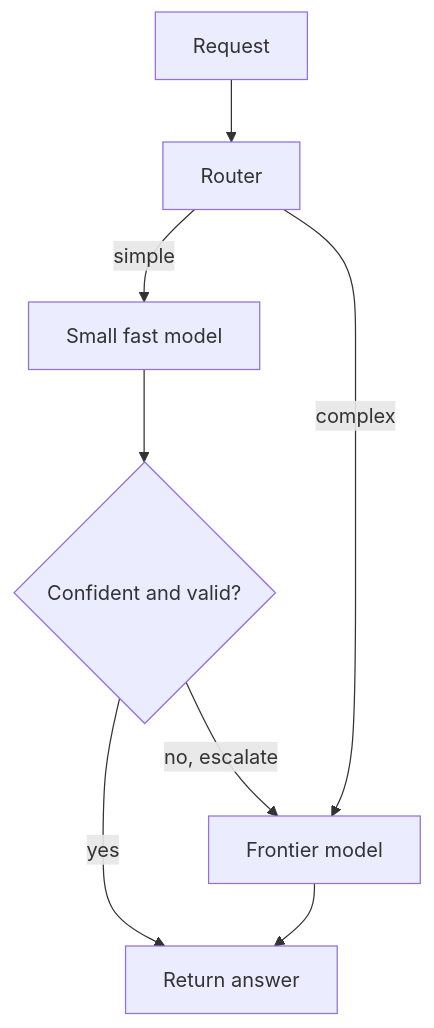
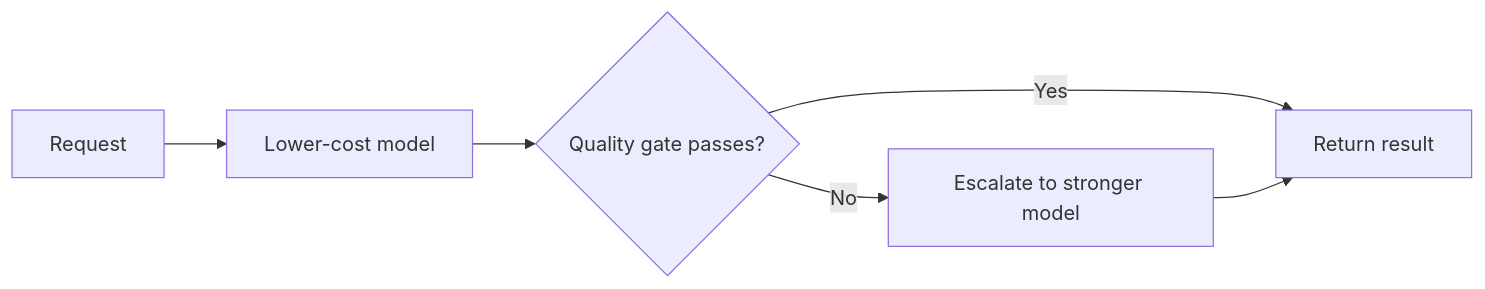
The diagram in Vault/Home/AI & ML/LLM/Model Selection and Routing.md (grafanaKibana/devbook.zip), drawn with Mermaid before and after one commit. The commit also changed other lines of this file and 349 other files, not shown here.

````diff
--- a/Vault/Home/AI & ML/LLM/Model Selection and Routing.md
+++ b/Vault/Home/AI & ML/LLM/Model Selection and Routing.md
@@ -39,10 +47,8 @@
 ```mermaid
-flowchart TD
-    Q[Request] --> R[Router]
-    R -->|simple| S[Small fast model]
-    R -->|complex| L[Frontier model]
-    S --> V{Confident and valid?}
-    V -->|yes| Out[Return answer]
-    V -->|no, escalate| L
-    L --> Out
+flowchart LR
+    Q[Request] --> S[Lower-cost model]
+    S --> V{Quality gate passes?}
+    V -->|Yes| O[Return result]
+    V -->|No| F[Escalate to stronger model]
+    F --> O
 ```
````
